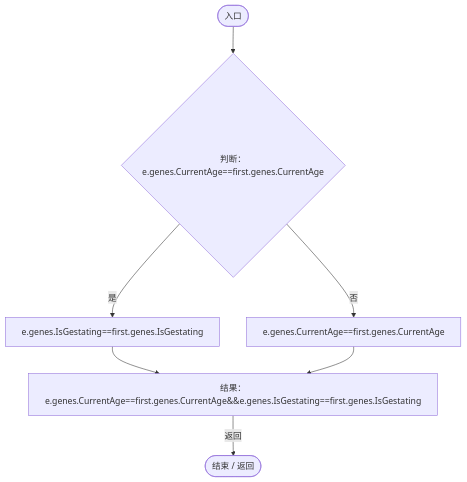
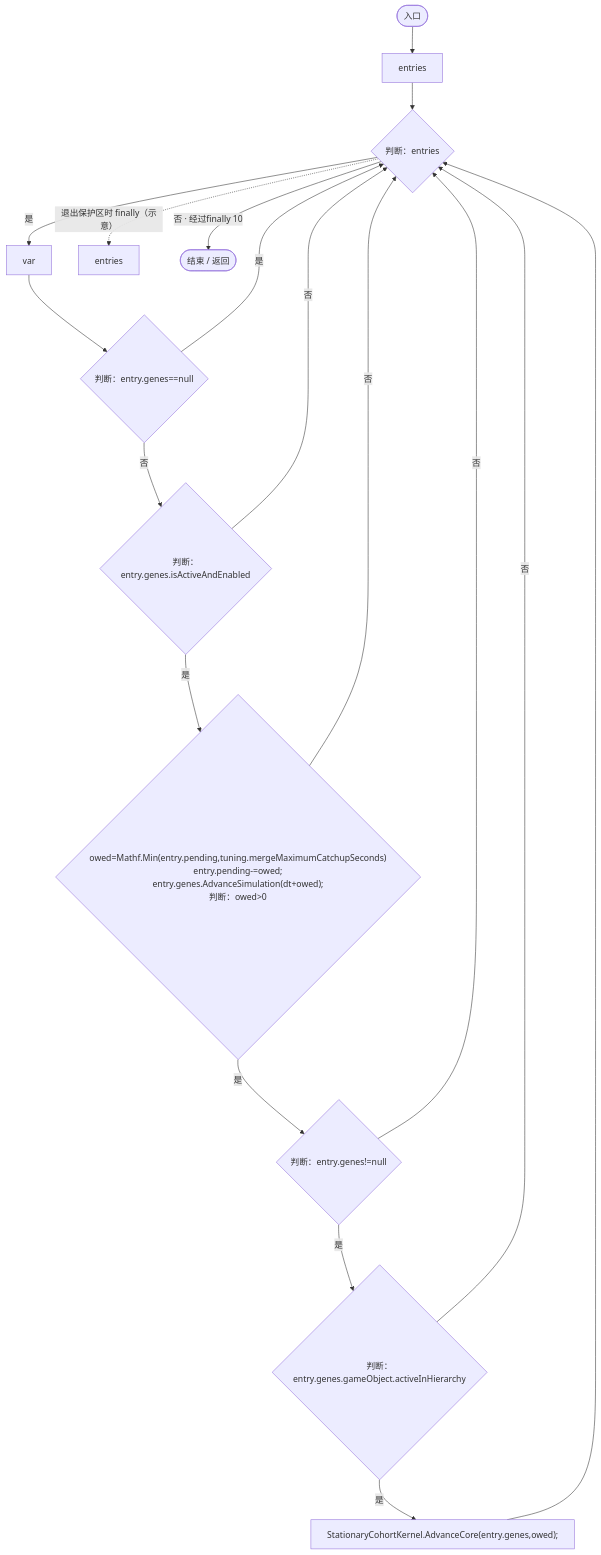
Diagram 29 of 34 in Docs/运行流程图/脚本/465ccdbb260bcac2.md (xhs6666/Darwin_paradise), drawn with Mermaid before and after one commit. The commit also changed other lines of this file and 30 other files, not shown here.

````diff
--- a/Docs/运行流程图/脚本/465ccdbb260bcac2.md
+++ b/Docs/运行流程图/脚本/465ccdbb260bcac2.md
@@ -940,16 +1196,33 @@
 ```mermaid
 flowchart TD
   b0(["入口"])
-  b1{"判断：e.genes.CurrentAge==first.genes.CurrentAge"}
-  b2["e.genes.IsGestating==first.genes.IsGestating"]
-  b3["e.genes.CurrentAge==first.genes.CurrentAge"]
-  b4["结果：e.genes.CurrentAge==first.genes.CurrentAge&amp;&amp;e.genes.IsGestating==first.genes.IsGestating"]
-  b5(["结束 / 返回"])
+  b1["entries"]
+  b2{"判断：entries"}
+  b3["var"]
+  b4{"判断：entry.genes==null"}
+  b5{"判断：entry.genes.isActiveAndEnabled"}
+  b6{"owed=Mathf.Min(entry.pending,tuning.mergeMaximumCatchupSeconds)<br/>entry.pending-=owed;<br/>entry.genes.AdvanceSimulation(dt+owed);<br/>判断：owed&gt;0"}
+  b7{"判断：entry.genes!=null"}
+  b8{"判断：entry.genes.gameObject.activeInHierarchy"}
+  b9["StationaryCohortKernel.AdvanceCore(entry.genes,owed);"]
+  b10["entries"]
+  b11(["结束 / 返回"])
   b0 --> b1
-  b1 -->|"是"| b2
-  b1 -->|"否"| b3
-  b2 --> b4
+  b1 --> b2
+  b2 -->|"是"| b3
+  b2 -->|"否 · 经过finally 10"| b11
   b3 --> b4
-  b4 -->|"返回"| b5
+  b4 -->|"否"| b5
+  b4 -->|"是"| b2
+  b5 -->|"否"| b2
+  b5 -->|"是"| b6
+  b6 -->|"是"| b7
+  b6 -->|"否"| b2
+  b7 -->|"是"| b8
+  b7 -->|"否"| b2
+  b8 -->|"是"| b9
+  b8 -->|"否"| b2
+  b9 --> b2
+  b2 -. "退出保护区时 finally（示意）" .-> b10
 
 ```
````
